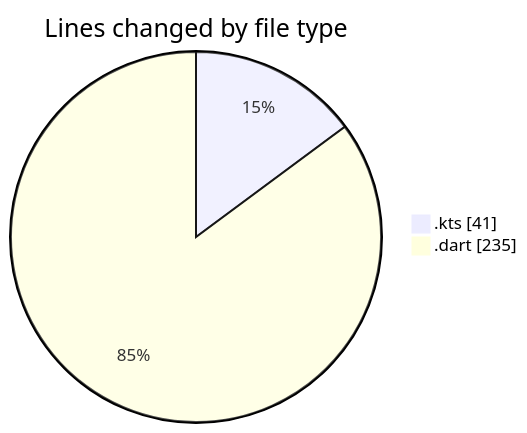
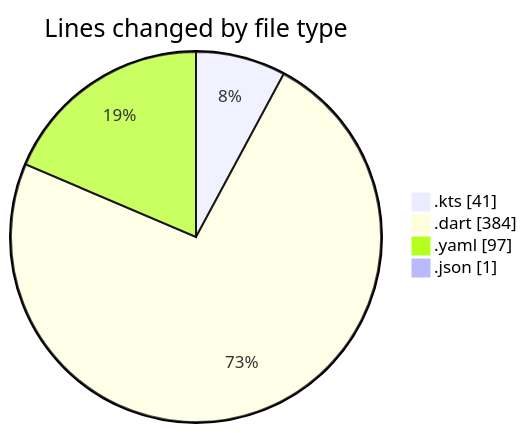
One commit to donsfak/code-tracking changed the first of 2 diagrams in 2025-10-20/weather_insights_app/README.md. Above: the diagram before and after it, drawn with Mermaid. The commit also changed other lines of this file and 1 other file, not shown here.

````diff
--- a/2025-10-20/weather_insights_app/README.md
+++ b/2025-10-20/weather_insights_app/README.md
@@ -22,6 +25,8 @@
 ```mermaid
 pie showData
 title Lines changed by file type
 ".kts" : 41
-".dart" : 235
+".dart" : 384
+".yaml" : 97
+".json" : 1
 ```
````
